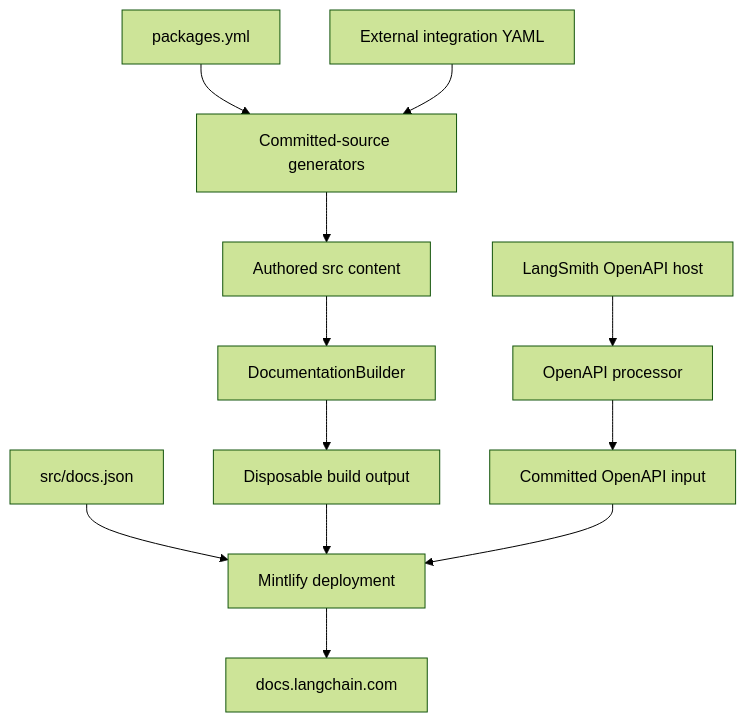
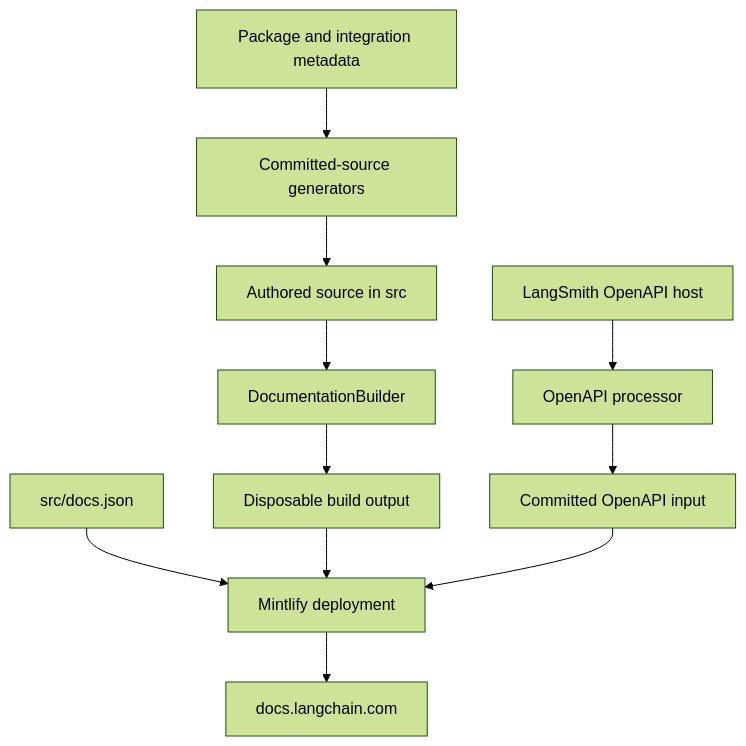
Before and after one commit to langchain-ai/docs: the diagram in openwiki/architecture/source-map.md, drawn with Mermaid (forest theme). The commit also changed other lines of this file and 45 other files, not shown here.

````diff
--- a/openwiki/architecture/source-map.md
+++ b/openwiki/architecture/source-map.md
@@ -83,14 +77,13 @@
 ```mermaid
 flowchart TD
-    Source["Authored src content"] --> Builder["DocumentationBuilder"]
-    Builder --> Build["Disposable build output"]
+    Source["Authored source in src"] --> Builder["DocumentationBuilder"]
+    Builder --> Output["Disposable build output"]
     Config["src/docs.json"] --> Mintlify["Mintlify deployment"]
-    Build --> Mintlify
+    Output --> Mintlify
     Mintlify --> Site["docs.langchain.com"]
-    Packages["packages.yml"] --> Generators["Committed-source generators"]
-    External["External integration YAML"] --> Generators
+    Metadata["Package and integration metadata"] --> Generators["Committed-source generators"]
     Generators --> Source
     Upstream["LangSmith OpenAPI host"] --> Processor["OpenAPI processor"]
     Processor --> Spec["Committed OpenAPI input"]
     Spec --> Mintlify
 ```
````
